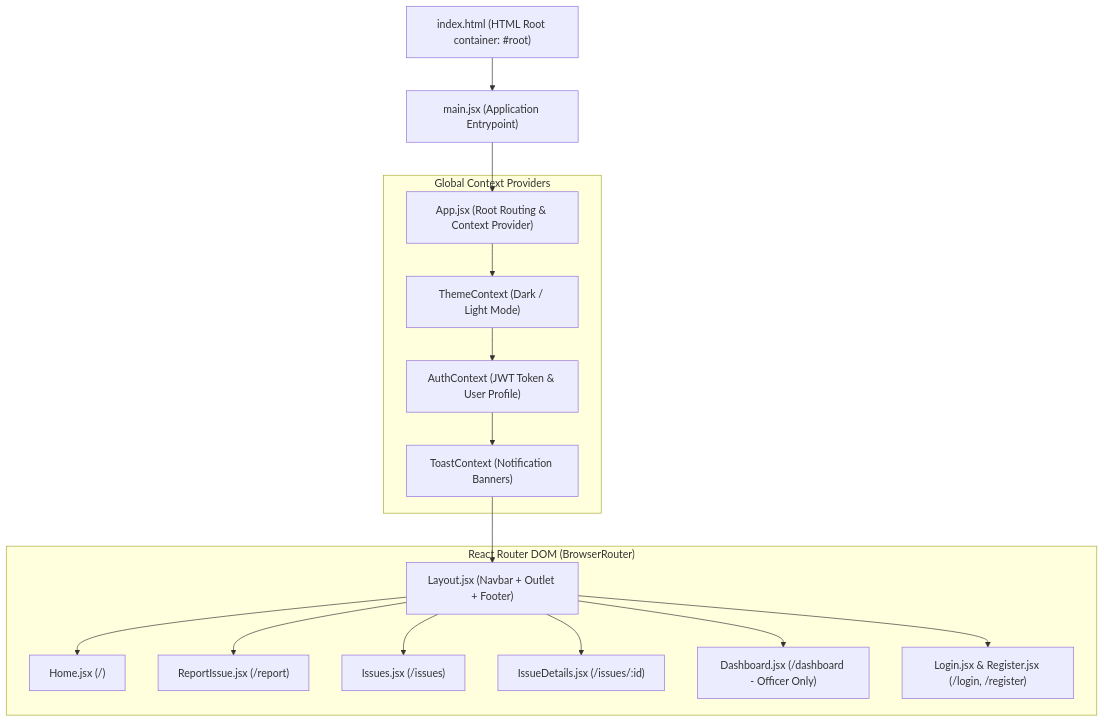
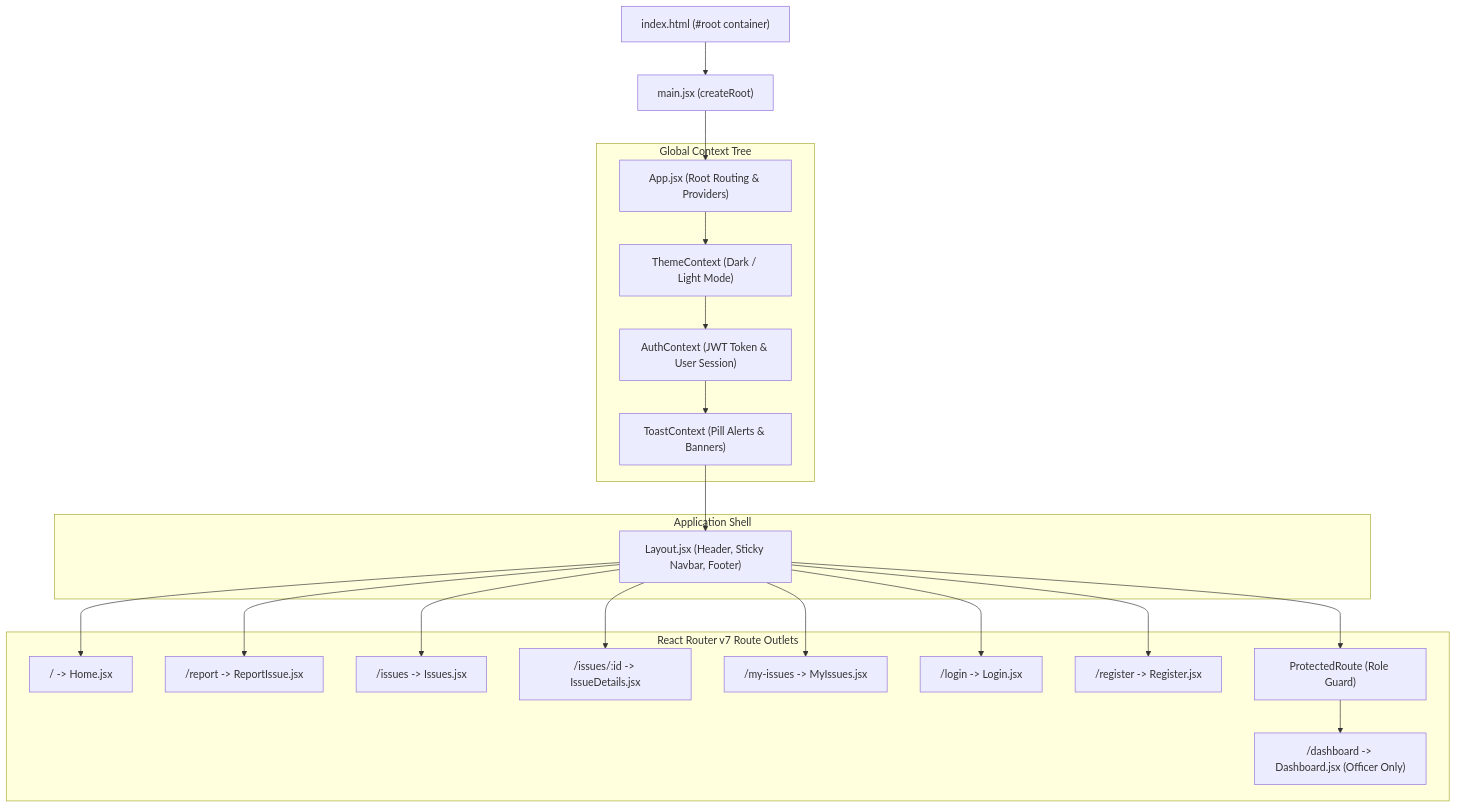
The first of 3 diagrams in client/view.md (hs150/CivicIssue), drawn with Mermaid before and after one commit. The commit also changed other lines of this file and 2 other files, not shown here.

Commit message:
docs(view): add exhaustive component feature catalog and end-to-end user interaction walkthroughs

````diff
--- a/client/view.md
+++ b/client/view.md
@@ -32,21 +112,27 @@
 ```mermaid
 flowchart TD
-    HTML["index.html (HTML Root container: #root)"] --> Main["main.jsx (Application Entrypoint)"]
-    Main --> App["App.jsx (Root Routing & Context Provider)"]
-    
-    subgraph Context_Wrappers ["Global Context Providers"]
-        App --> TC["ThemeContext (Dark / Light Mode)"]
-        TC --> AC["AuthContext (JWT Token & User Profile)"]
-        AC --> ToastC["ToastContext (Notification Banners)"]
+    HTML["index.html (#root container)"] --> Main["main.jsx (createRoot)"]
+    Main --> App["App.jsx (Root Routing & Providers)"]
+
+    subgraph Providers ["Global Context Tree"]
+        App --> ThemeCtx["ThemeContext (Dark / Light Mode)"]
+        ThemeCtx --> AuthCtx["AuthContext (JWT Token & User Session)"]
+        AuthCtx --> ToastCtx["ToastContext (Pill Alerts & Banners)"]
     end
-    
-    subgraph Routing ["React Router DOM (BrowserRouter)"]
-        ToastC --> Layout["Layout.jsx (Navbar + Outlet + Footer)"]
-        Layout --> P_Home["Home.jsx (/)"]
-        Layout --> P_Report["ReportIssue.jsx (/report)"]
-        Layout --> P_Issues["Issues.jsx (/issues)"]
-        Layout --> P_Details["IssueDetails.jsx (/issues/:id)"]
-        Layout --> P_Dash["Dashboard.jsx (/dashboard - Officer Only)"]
-        Layout --> P_Auth["Login.jsx & Register.jsx (/login, /register)"]
+
+    subgraph Shell ["Application Shell"]
+        ToastCtx --> Layout["Layout.jsx (Header, Sticky Navbar, Footer)"]
+    end
+
+    subgraph Router ["React Router v7 Route Outlets"]
+        Layout --> Route_Home["/ -> Home.jsx"]
+        Layout --> Route_Report["/report -> ReportIssue.jsx"]
+        Layout --> Route_Issues["/issues -> Issues.jsx"]
+        Layout --> Route_Details["/issues/:id -> IssueDetails.jsx"]
+        Layout --> Route_MyIssues["/my-issues -> MyIssues.jsx"]
+        Layout --> Route_Login["/login -> Login.jsx"]
+        Layout --> Route_Register["/register -> Register.jsx"]
+        Layout --> Protected["ProtectedRoute (Role Guard)"]
+        Protected --> Route_Dashboard["/dashboard -> Dashboard.jsx (Officer Only)"]
     end
 ```
````
